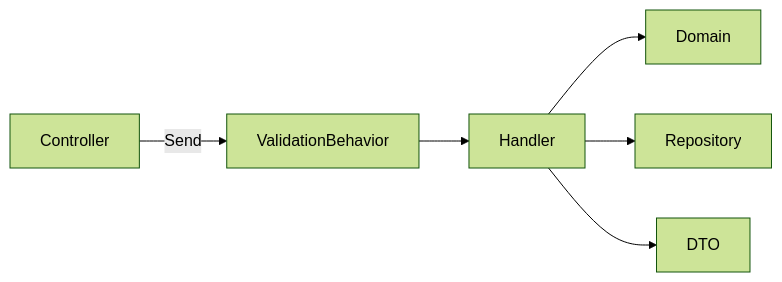
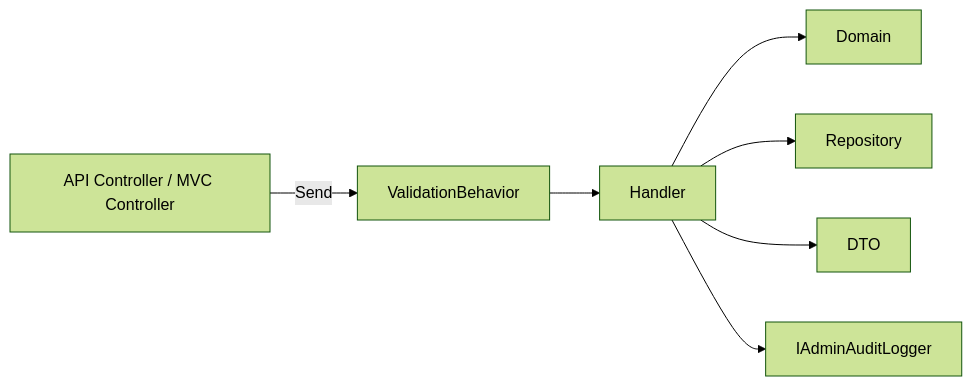
One commit to p-o-ke-nae/pokemondamagecalculatorforstory changed the diagram in docs/design/cqrs-handlers.md. Above: the diagram before and after it, drawn with Mermaid (forest theme). The commit also changed other lines of this file and 4 other files, not shown here.

````diff
--- a/docs/design/cqrs-handlers.md
+++ b/docs/design/cqrs-handlers.md
@@ -26,8 +26,9 @@
 ```mermaid
 flowchart LR
-    Controller -->|Send| ValidationBehavior
+    Web["API Controller / MVC Controller"] -->|Send| ValidationBehavior
     ValidationBehavior --> Handler
     Handler --> Domain
     Handler --> Repository
     Handler --> DTO
+    Handler --> Audit["IAdminAuditLogger"]
 ```
````
